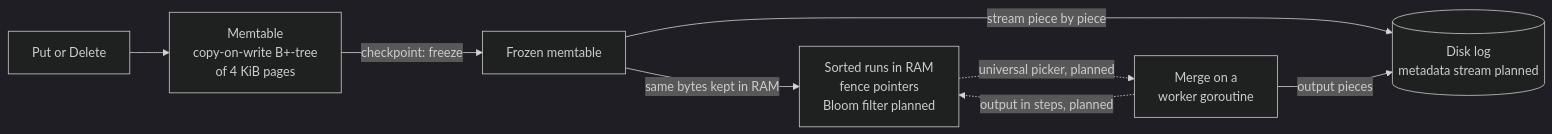
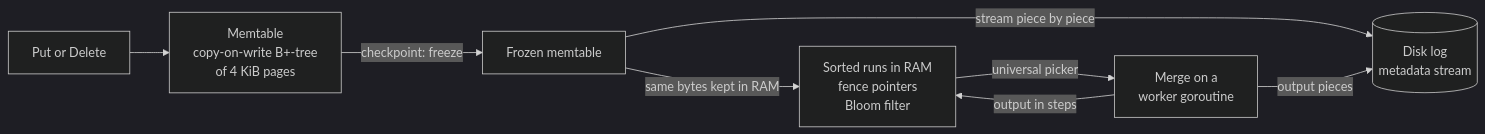
The first of 3 diagrams in blogs/06-the-lsm-tree.md (nvcnvn/rock-solid), drawn with Mermaid (dark theme) before and after one commit. The commit also changed other lines of this file, not shown here.

First line of the commit message:
blogs/06: drop build status and planned marks, tell filters, universal compaction and steps as the design

````diff
--- a/blogs/06-the-lsm-tree.md
+++ b/blogs/06-the-lsm-tree.md
@@ -163,10 +158,10 @@
 ```mermaid
 flowchart LR
     W["Put or Delete"] --> M["Memtable<br/>copy-on-write B+-tree<br/>of 4 KiB pages"]
     M -->|"checkpoint: freeze"| F["Frozen memtable"]
-    F -->|"stream piece by piece"| L[("Disk log<br/>metadata stream planned")]
-    F -->|"same bytes kept in RAM"| R["Sorted runs in RAM<br/>fence pointers<br/>Bloom filter planned"]
-    R -.->|"universal picker, planned"| C["Merge on a<br/>worker goroutine"]
-    C -.->|"output in steps, planned"| R
+        F -->|"stream piece by piece"| L[("Disk log<br/>metadata stream")]
+    F -->|"same bytes kept in RAM"| R["Sorted runs in RAM<br/>fence pointers<br/>Bloom filter"]
+    R -->|"universal picker"| C["Merge on a<br/>worker goroutine"]
+    C -->|"output in steps"| R
     C -->|"output pieces"| L
 ```
````
